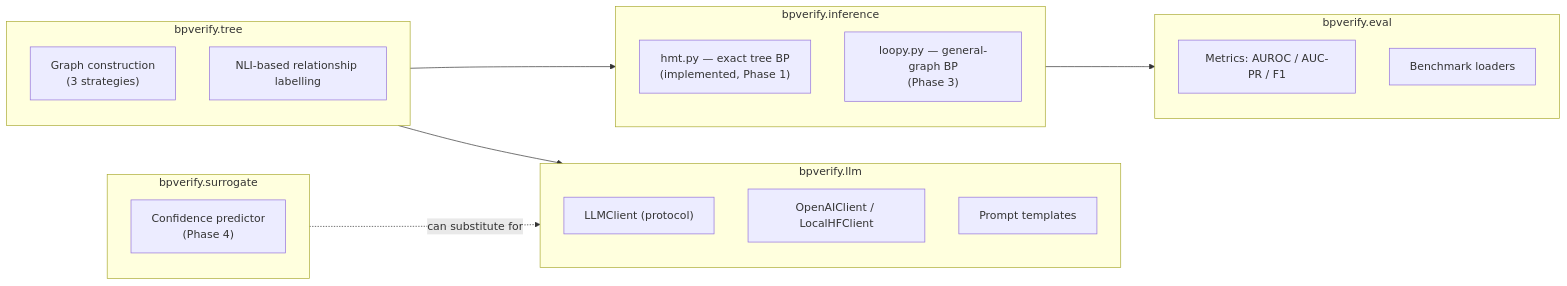
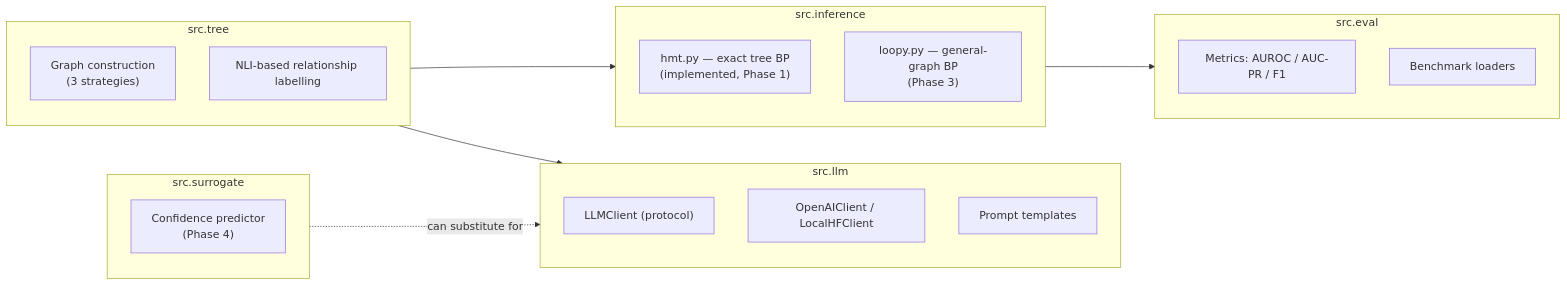
One commit to Mahakisore7/Reason-Graph changed the second of 3 diagrams in docs/phases/01-architecture.md. Above: the diagram before and after it, drawn with Mermaid. The commit also changed other lines of this file and 12 other files, not shown here.

````diff
--- a/docs/phases/01-architecture.md
+++ b/docs/phases/01-architecture.md
@@ -27,28 +27,28 @@
 ```mermaid
 flowchart LR
-    subgraph llm["bpverify.llm"]
+    subgraph llm["src.llm"]
         L1["LLMClient (protocol)"]
         L2["OpenAIClient / LocalHFClient"]
         L3["Prompt templates"]
     end
-    subgraph tree["bpverify.tree"]
+    subgraph tree["src.tree"]
         T1["Graph construction<br/>(3 strategies)"]
         T2["NLI-based relationship labelling"]
     end
-    subgraph inference["bpverify.inference"]
+    subgraph inference["src.inference"]
         I1["hmt.py — exact tree BP<br/>(implemented, Phase 1)"]
         I2["loopy.py — general-graph BP<br/>(Phase 3)"]
     end
-    subgraph surrogate["bpverify.surrogate"]
+    subgraph surrogate["src.surrogate"]
         S1["Confidence predictor<br/>(Phase 4)"]
     end
-    subgraph eval["bpverify.eval"]
+    subgraph eval["src.eval"]
         E1["Metrics: AUROC / AUC-PR / F1"]
         E2["Benchmark loaders"]
     end
 
     tree --> llm
     tree --> inference
     surrogate -.can substitute for.-> llm
     inference --> eval
 ```
````
